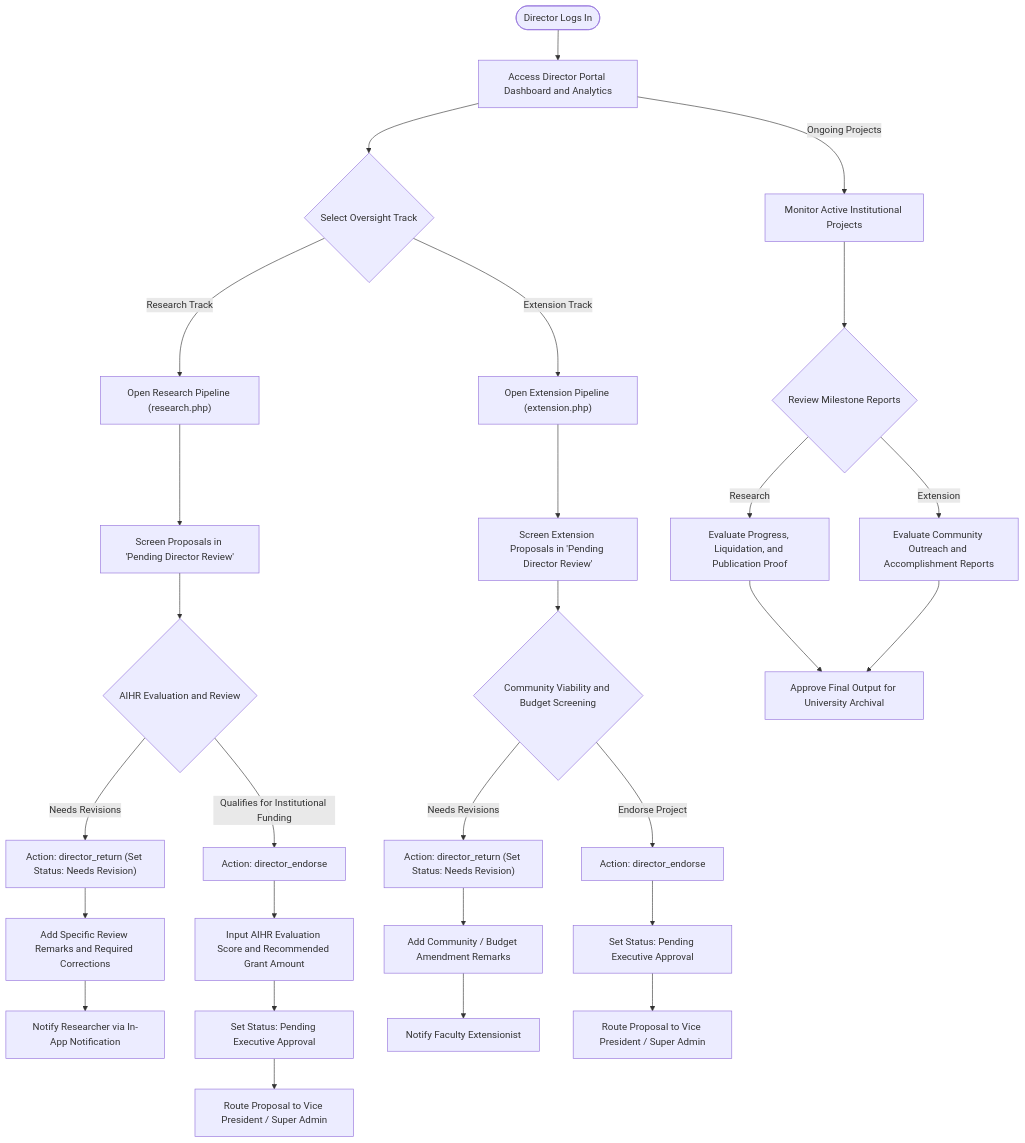
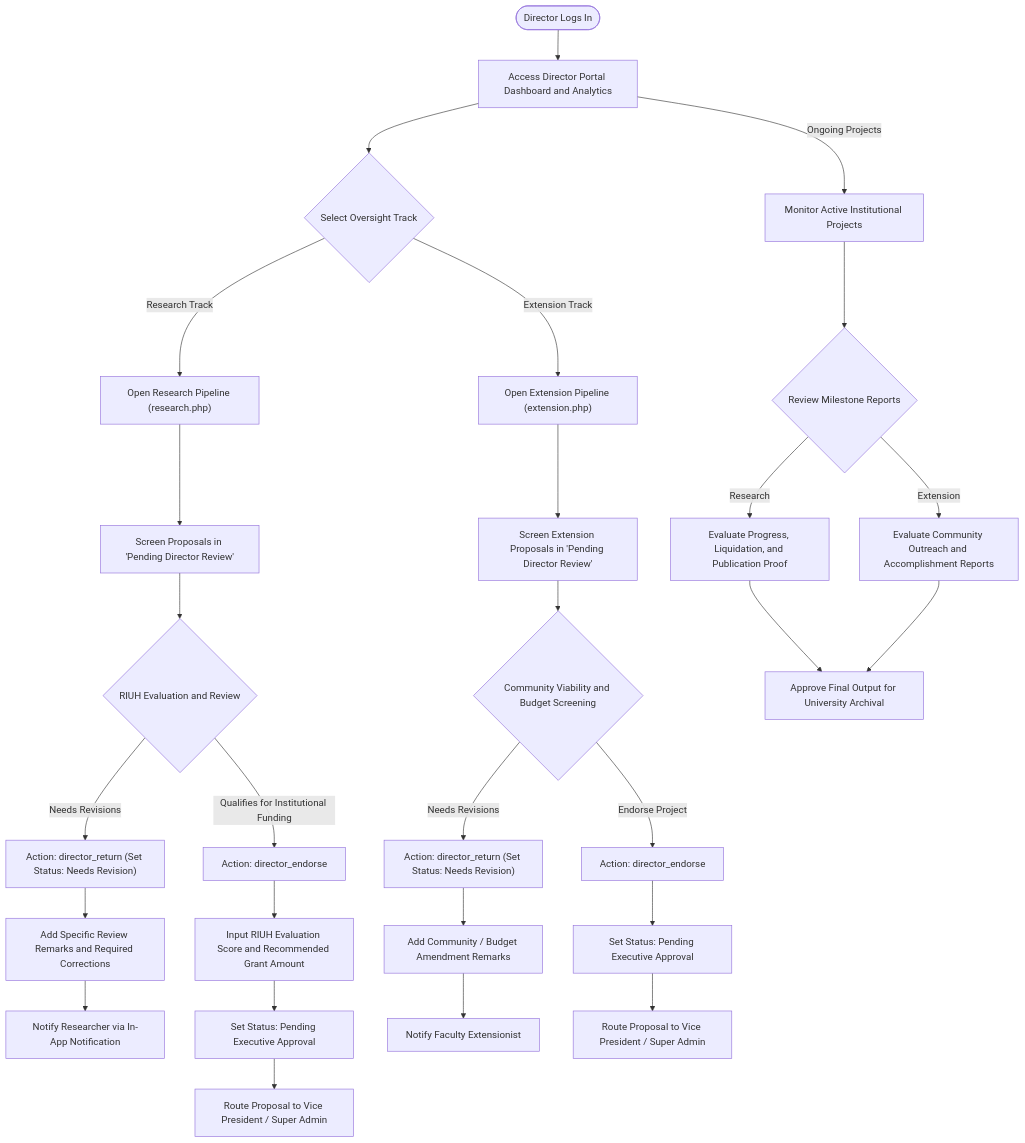
The third of 9 diagrams in SYSTEM_DIAGRAMS.md (superdabs37-creator/ovpre), drawn with Mermaid before and after one commit. The commit also changed other lines of this file and 63 other files, not shown here.

````diff
--- a/SYSTEM_DIAGRAMS.md
+++ b/SYSTEM_DIAGRAMS.md
@@ -140,41 +140,41 @@
 ```mermaid
 flowchart TD
     DirLogin([Director Logs In]) --> DirDashboard["Access Director Portal Dashboard and Analytics"]
     
     DirDashboard --> SelectDirTrack{"Select Oversight Track"}
 
     %% Research Track
     SelectDirTrack -->|Research Track| ResearchDirectorQueue["Open Research Pipeline (research.php)"]
     ResearchDirectorQueue --> ReviewResProposal["Screen Proposals in 'Pending Director Review'"]
-    ReviewResProposal --> ResEvaluation{"AIHR Evaluation and Review"}
+    ReviewResProposal --> ResEvaluation{"RIUH Evaluation and Review"}
     
     ResEvaluation -->|Needs Revisions| ResReturn["Action: director_return (Set Status: Needs Revision)"]
     ResReturn --> ResReturnNote["Add Specific Review Remarks and Required Corrections"]
     ResReturnNote --> NotifyResearcher["Notify Researcher via In-App Notification"]
 
     ResEvaluation -->|Qualifies for Institutional Funding| ResEndorse["Action: director_endorse"]
-    ResEndorse --> ResScore["Input AIHR Evaluation Score and Recommended Grant Amount"]
+    ResEndorse --> ResScore["Input RIUH Evaluation Score and Recommended Grant Amount"]
     ResScore --> ResToExec["Set Status: Pending Executive Approval"]
     ResToExec --> NotifyVP1["Route Proposal to Vice President / Super Admin"]
 
     %% Extension Track
     SelectDirTrack -->|Extension Track| ExtensionDirectorQueue["Open Extension Pipeline (extension.php)"]
     ExtensionDirectorQueue --> ReviewExtProposal["Screen Extension Proposals in 'Pending Director Review'"]
     ReviewExtProposal --> ExtEvaluation{"Community Viability and Budget Screening"}
 
     ExtEvaluation -->|Needs Revisions| ExtReturn["Action: director_return (Set Status: Needs Revision)"]
     ExtReturn --> ExtReturnNote["Add Community / Budget Amendment Remarks"]
     ExtReturnNote --> NotifyExtensionist["Notify Faculty Extensionist"]
 
     ExtEvaluation -->|Endorse Project| ExtEndorse["Action: director_endorse"]
     ExtEndorse --> ExtToExec["Set Status: Pending Executive Approval"]
     ExtToExec --> NotifyVP2["Route Proposal to Vice President / Super Admin"]
 
     %% Post-Approval Oversight
     DirDashboard -->|Ongoing Projects| TrackProjects["Monitor Active Institutional Projects"]
     TrackProjects --> ReviewReports{"Review Milestone Reports"}
     ReviewReports -->|Research| InspectResearchMilestones["Evaluate Progress, Liquidation, and Publication Proof"]
     ReviewReports -->|Extension| InspectExtensionImpact["Evaluate Community Outreach and Accomplishment Reports"]
     InspectResearchMilestones --> DirArchive["Approve Final Output for University Archival"]
     InspectExtensionImpact --> DirArchive
 ```
````
